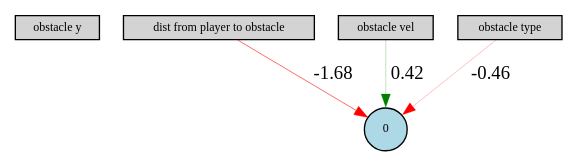
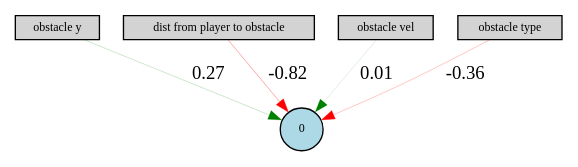
Before and after one commit to Ilnicki010/neat-ai-python-game: the diagram in graphs/Digraph.gv, drawn with Graphviz. The commit also changed 7 other files, not shown here.

```diff
--- a/graphs/Digraph.gv
+++ b/graphs/Digraph.gv
@@ -1,11 +1,12 @@
 digraph {
 	node [fontsize=9 height=0.2 shape=circle width=0.2]
 	"obstacle y" [fillcolor=lightgray shape=box style=filled]
 	"dist from player to obstacle" [fillcolor=lightgray shape=box style=filled]
 	"obstacle vel" [fillcolor=lightgray shape=box style=filled]
 	"obstacle type" [fillcolor=lightgray shape=box style=filled]
 	0 [fillcolor=lightblue style=filled]
-	"dist from player to obstacle" -> 0 [label=-1.68 color=red penwidth=0.43663093638657013 style=solid]
-	"obstacle vel" -> 0 [label=0.42 color=green penwidth=0.18384455507956254 style=solid]
-	"obstacle type" -> 0 [label=-0.46 color=red penwidth=0.19253595202070284 style=solid]
+	"obstacle y" -> 0 [label=0.27 color=green penwidth=0.15382682268638104 style=solid]
+	"dist from player to obstacle" -> 0 [label=-0.82 color=red penwidth=0.2646283382416297 style=solid]
+	"obstacle vel" -> 0 [label=0.01 color=green penwidth=0.10165436020140288 style=solid]
+	"obstacle type" -> 0 [label=-0.36 color=red penwidth=0.17242763320398558 style=solid]
 }
```
